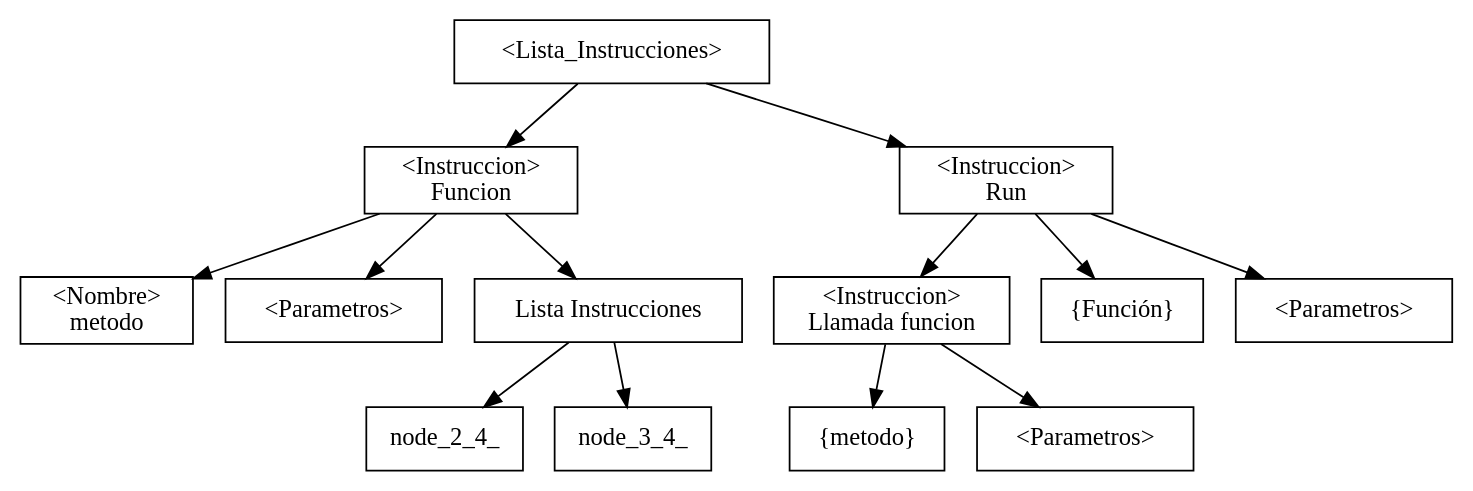
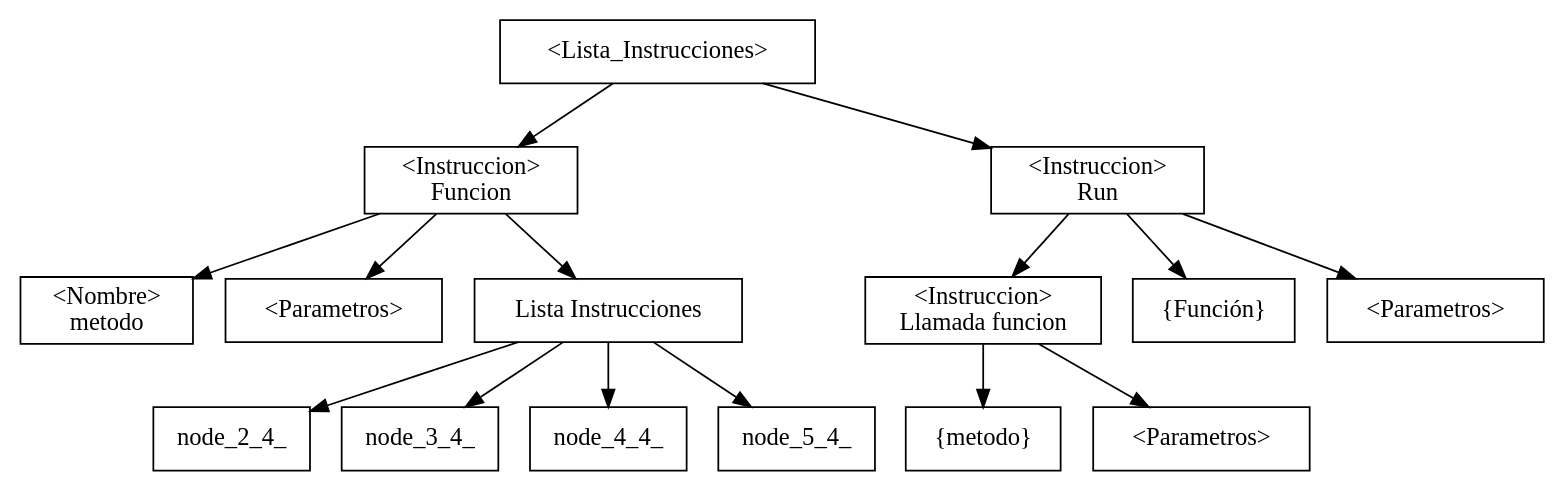
One commit to LuisaMariaO/OLC1-proyecto2-202003381 changed the diagram in Backend/Ts/ast.dot. Above: the diagram before and after it, drawn with Graphviz. The commit also changed 4 other files, not shown here.

```diff
--- a/Backend/Ts/ast.dot
+++ b/Backend/Ts/ast.dot
@@ -1,27 +1,27 @@
 digraph G {
 node[shape=box];nodeOriginal[label="<\Lista_Instrucciones\>"];nodeOriginal->node_1_0_;
         node_1_0_ [label="\<Instruccion\>\nFuncion"];
         node_1_0_1[label="\<Nombre\>\nmetodo"];
         node_1_0_2[label="\<Parametros\>"];
         node_1_0_->node_1_0_1;
         node_1_0_->node_1_0_2;
         node_1_0_->node_1_8_;
         
         node_1_8_[label="Lista Instrucciones"];        
-        node_1_8_->node_2_4_;node_1_8_->node_3_4_;nodeOriginal->node_5_0_;
-        node_5_4_ [label="\<Instruccion\>\nLlamada funcion"];
-        node_5_4_1 [label="{metodo}"];
-        node_5_4_2 [label="<\Parametros\>"];
-        node_5_4_->node_5_4_2;
-        node_5_4_->node_5_4_1;
+        node_1_8_->node_2_4_;node_1_8_->node_3_4_;node_1_8_->node_4_4_;node_1_8_->node_5_4_;nodeOriginal->node_7_0_;
+        node_7_4_ [label="\<Instruccion\>\nLlamada funcion"];
+        node_7_4_1 [label="{metodo}"];
+        node_7_4_2 [label="<\Parametros\>"];
+        node_7_4_->node_7_4_2;
+        node_7_4_->node_7_4_1;
         
-        node_5_0_ [label="\<Instruccion\>\nRun"];
-        node_5_0_1 [label="{Función}"];
-        node_5_0_2 [label="<\Parametros\>"];
-        node_5_0_->node_5_0_2;
-        node_5_0_->node_5_0_1;
-        node_5_0_->
-        node_5_4_ ;
+        node_7_0_ [label="\<Instruccion\>\nRun"];
+        node_7_0_1 [label="{Función}"];
+        node_7_0_2 [label="<\Parametros\>"];
+        node_7_0_->node_7_0_2;
+        node_7_0_->node_7_0_1;
+        node_7_0_->
+        node_7_4_ ;
         
         
 }
```
